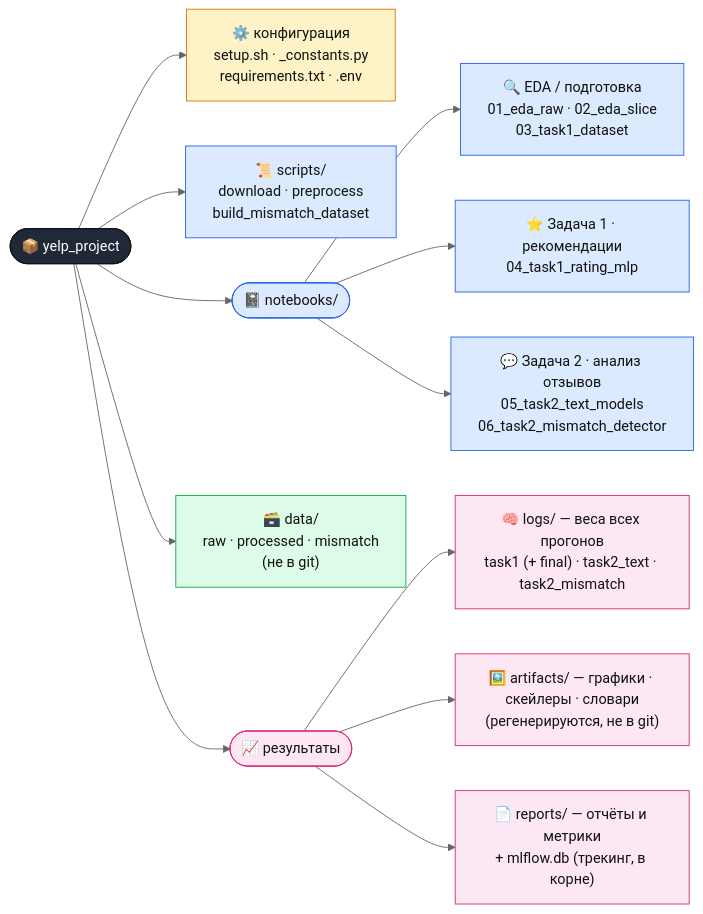
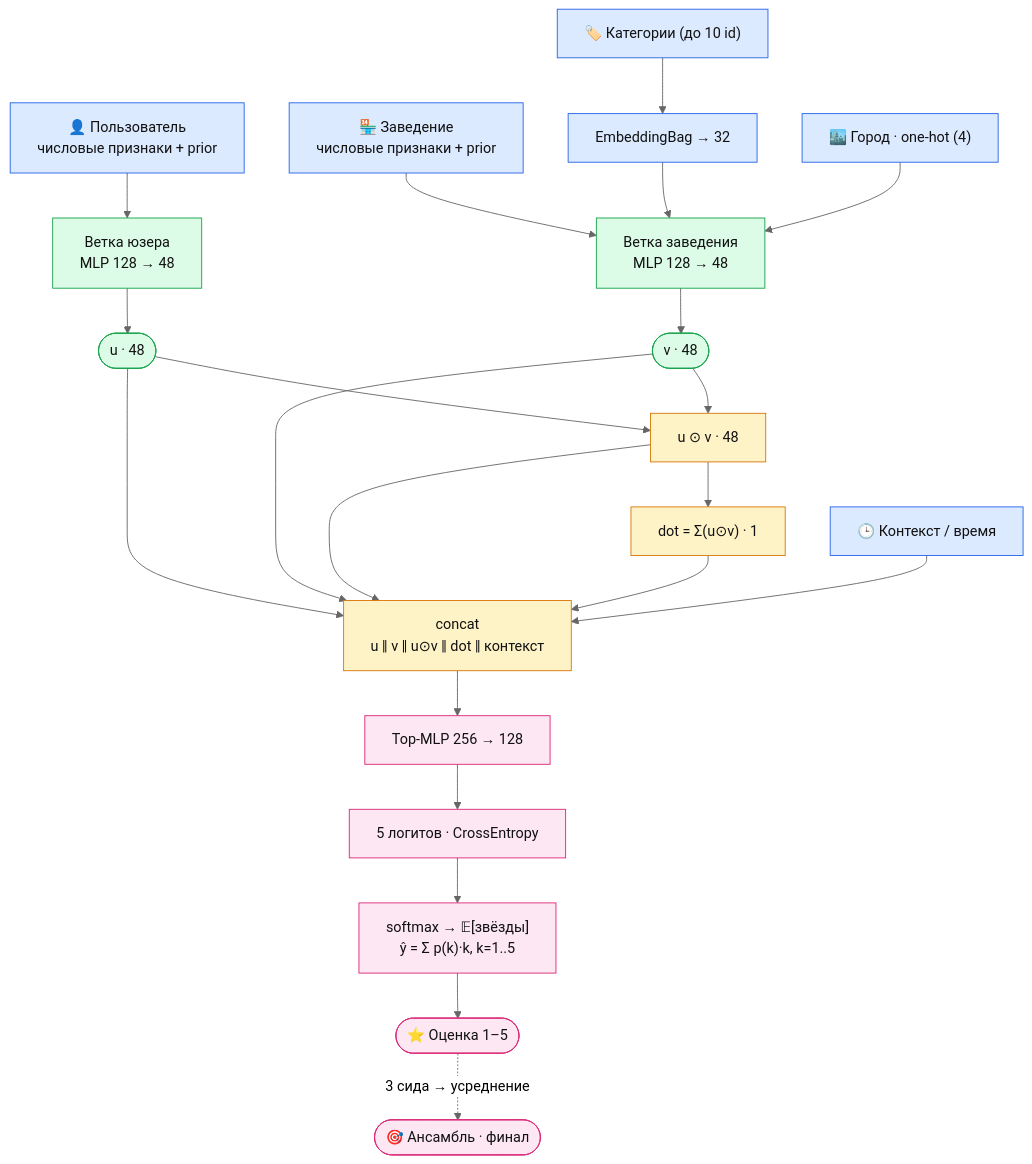
One commit to bluesteelll/gp5 changed the diagram in README.md. Above: the diagram before and after it, drawn with Mermaid (neutral theme). The commit also changed other lines of this file, not shown here.

Commit message:
try another model

````diff
--- a/README.md
+++ b/README.md
@@ -132,30 +137,44 @@
 ```mermaid
-graph LR
-    ROOT(["📦 yelp_project"])
+flowchart TD
+    XU["👤 Пользователь<br/>числовые признаки + prior"]
+    XB["🏪 Заведение<br/>числовые признаки + prior"]
+    CAT["🏷️ Категории (до 10 id)"]
+    CITY["🏙️ Город · one-hot (4)"]
+    CTX["🕒 Контекст / время"]
 
-    ROOT --> CFG["⚙️ конфигурация<br/>setup.sh · _constants.py<br/>requirements.txt · .env"]
-    ROOT --> SCR["📜 scripts/<br/>download · preprocess<br/>build_mismatch_dataset"]
-    ROOT --> NB(["📓 notebooks/"])
-    ROOT --> DATA["🗃️ data/<br/>raw · processed · mismatch<br/>(не в git)"]
-    ROOT --> OUT(["📈 результаты"])
+    CAT --> EMB["EmbeddingBag → 32"]
 
-    NB --> NBE["🔍 EDA / подготовка<br/>01_eda_raw · 02_eda_slice<br/>03_task1_dataset"]
-    NB --> NB1["⭐ Задача 1 · рекомендации<br/>04_task1_rating_mlp"]
-    NB --> NB2["💬 Задача 2 · анализ отзывов<br/>05_task2_text_models<br/>06_task2_mismatch_detector"]
+    XU --> UM["Ветка юзера<br/>MLP 128 → 48"]
+    XB --> BM["Ветка заведения<br/>MLP 128 → 48"]
+    EMB --> BM
+    CITY --> BM
 
-    OUT --> LOGS["🧠 logs/ — веса всех прогонов<br/>task1 (+ final) · task2_text · task2_mismatch"]
-    OUT --> ART["🖼️ artifacts/ — графики · скейлеры · словари<br/>(регенерируются, не в git)"]
-    OUT --> REP["📄 reports/ — отчёты и метрики<br/>+ mlflow.db (трекинг, в корне)"]
+    UM --> U(["u · 48"])
+    BM --> V(["v · 48"])
 
-    classDef root fill:#1f2937,stroke:#111,color:#fff;
-    classDef cfg  fill:#fef3c7,stroke:#d97706,color:#111;
-    classDef code fill:#dbeafe,stroke:#2563eb,color:#111;
-    classDef data fill:#dcfce7,stroke:#16a34a,color:#111;
-    classDef out  fill:#fce7f3,stroke:#db2777,color:#111;
+    U --> HAD["u ⊙ v · 48"]
+    V --> HAD
+    HAD --> DOT["dot = Σ(u⊙v) · 1"]
 
-    class ROOT root;
-    class CFG cfg;
-    class SCR,NB,NBE,NB1,NB2 code;
-    class DATA data;
-    class OUT,LOGS,ART,REP out;
+    U --> CC["concat<br/>u ‖ v ‖ u⊙v ‖ dot ‖ контекст"]
+    V --> CC
+    HAD --> CC
+    DOT --> CC
+    CTX --> CC
+
+    CC --> TOP["Top-MLP 256 → 128"]
+    TOP --> LOG["5 логитов · CrossEntropy"]
+    LOG --> DEC["softmax → 𝔼[звёзды]<br/>ŷ = Σ p(k)·k, k=1..5"]
+    DEC --> OUT(["⭐ Оценка 1–5"])
+    OUT -.->|3 сида → усреднение| ENS(["🎯 Ансамбль · финал"])
+
+    classDef in   fill:#dbeafe,stroke:#2563eb,color:#111;
+    classDef br   fill:#dcfce7,stroke:#16a34a,color:#111;
+    classDef int  fill:#fef3c7,stroke:#d97706,color:#111;
+    classDef head fill:#fce7f3,stroke:#db2777,color:#111;
+
+    class XU,XB,CAT,CITY,CTX,EMB in;
+    class UM,BM,U,V br;
+    class HAD,DOT,CC int;
+    class TOP,LOG,DEC,OUT,ENS head;
 ```
````
